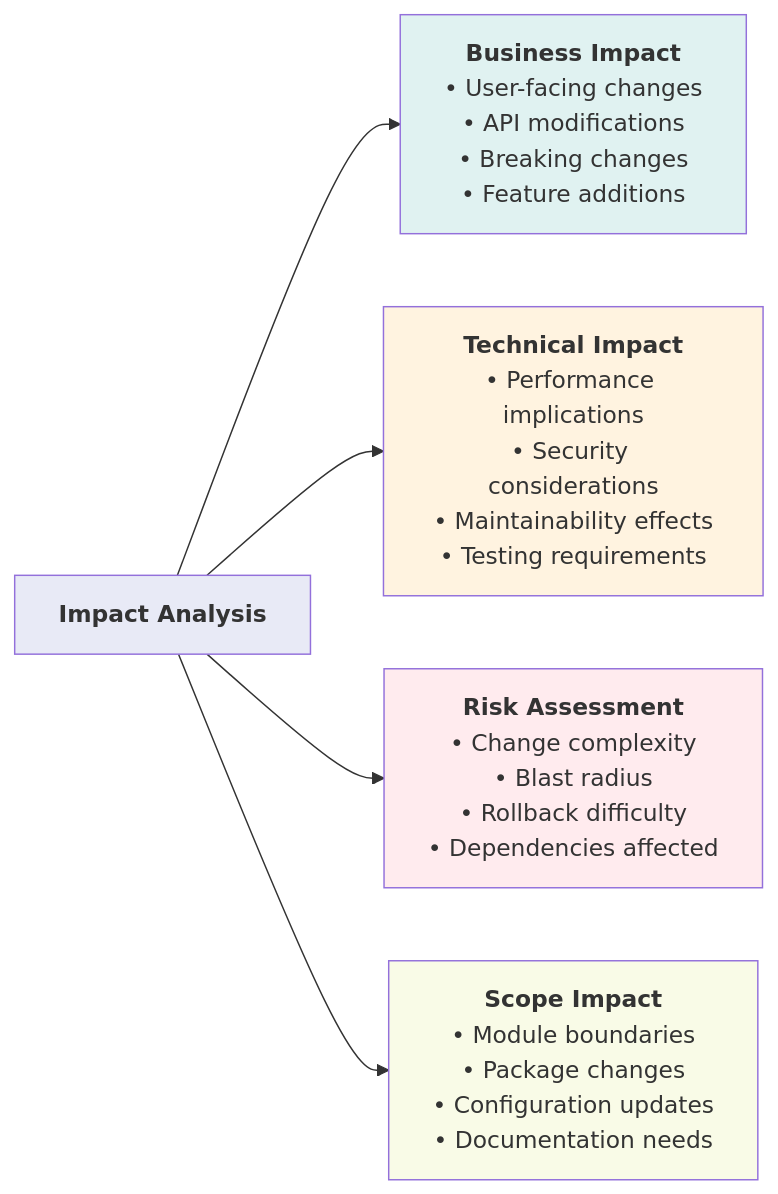
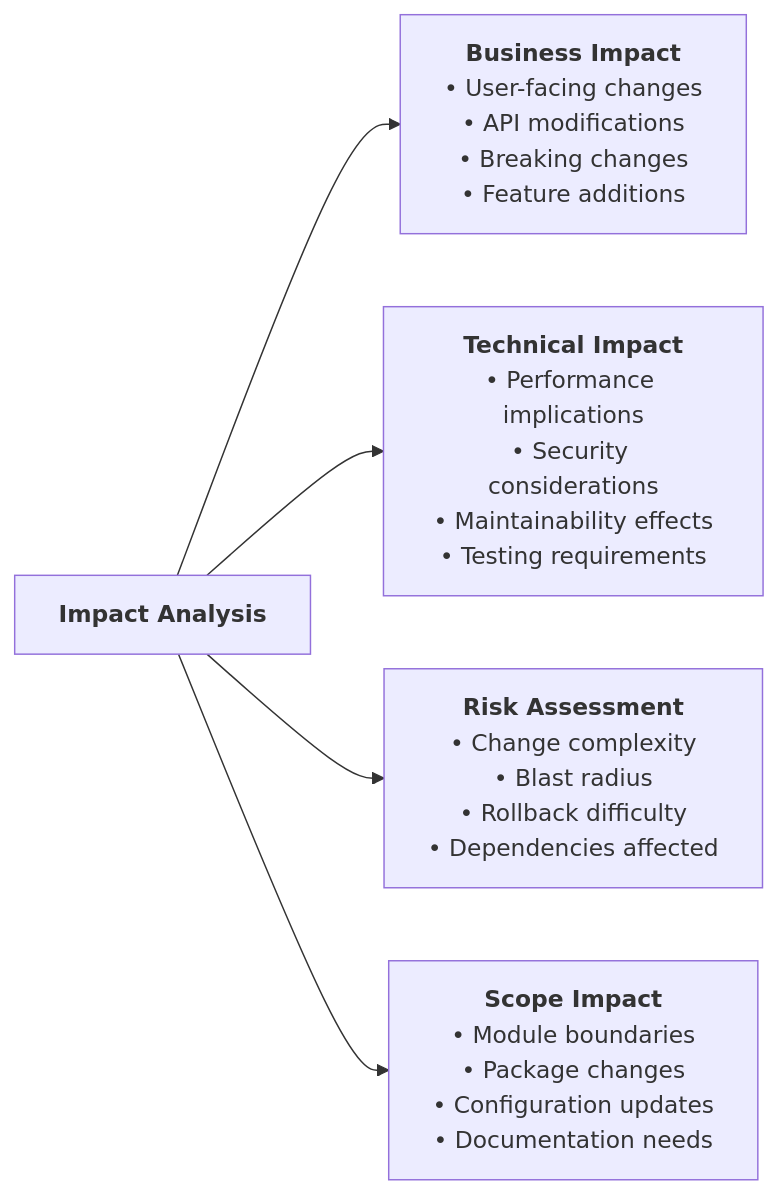
One commit to geogoesbeepboop/mastro changed the third of 7 diagrams in docs/diagrams/mastro-split-flow.md. Above: the diagram before and after it, drawn with Mermaid. The commit also changed other lines of this file and 5 other files, not shown here.

First line of the commit message:
docs: update analytics and flow diagrams for clarity

````diff
--- a/docs/diagrams/mastro-split-flow.md
+++ b/docs/diagrams/mastro-split-flow.md
@@ -137,32 +141,34 @@
 ```mermaid
+
 graph LR
     IA["`**Impact Analysis**`"] --> BI["`**Business Impact**
     • User-facing changes
     • API modifications
     • Breaking changes
     • Feature additions`"]
     
     IA --> TI["`**Technical Impact**
     • Performance implications
     • Security considerations
     • Maintainability effects
     • Testing requirements`"]
     
     IA --> RI["`**Risk Assessment**
     • Change complexity
     • Blast radius
     • Rollback difficulty
     • Dependencies affected`"]
     
     IA --> SI["`**Scope Impact**
     • Module boundaries
     • Package changes
     • Configuration updates
     • Documentation needs`"]
 
-    style IA fill:#e8eaf6
-    style BI fill:#e0f2f1
-    style TI fill:#fff3e0
-    style RI fill:#ffebee
-    style SI fill:#f9fbe7
+    style IA fill:#e8eaf6 color:#000000
+    style BI fill:#e0f2f1 color:#000000
+    style TI fill:#fff3e0 color:#000000
+    style RI fill:#ffebee color:#000000
+    style SI fill:#f9fbe7 color:#000000
+
 ```
````
